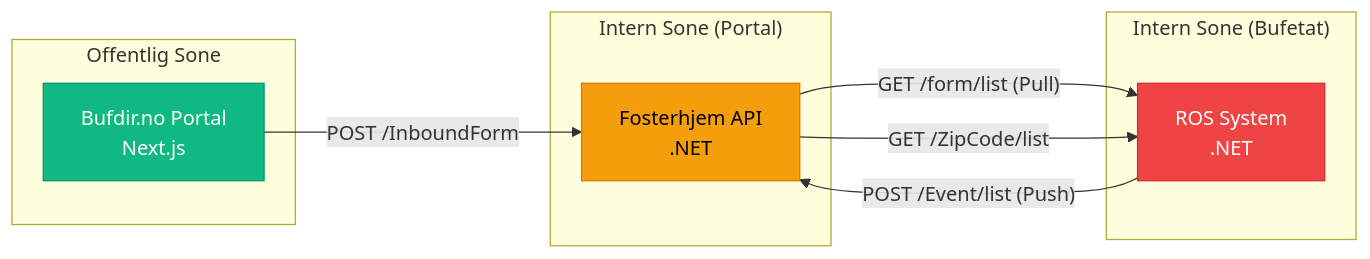
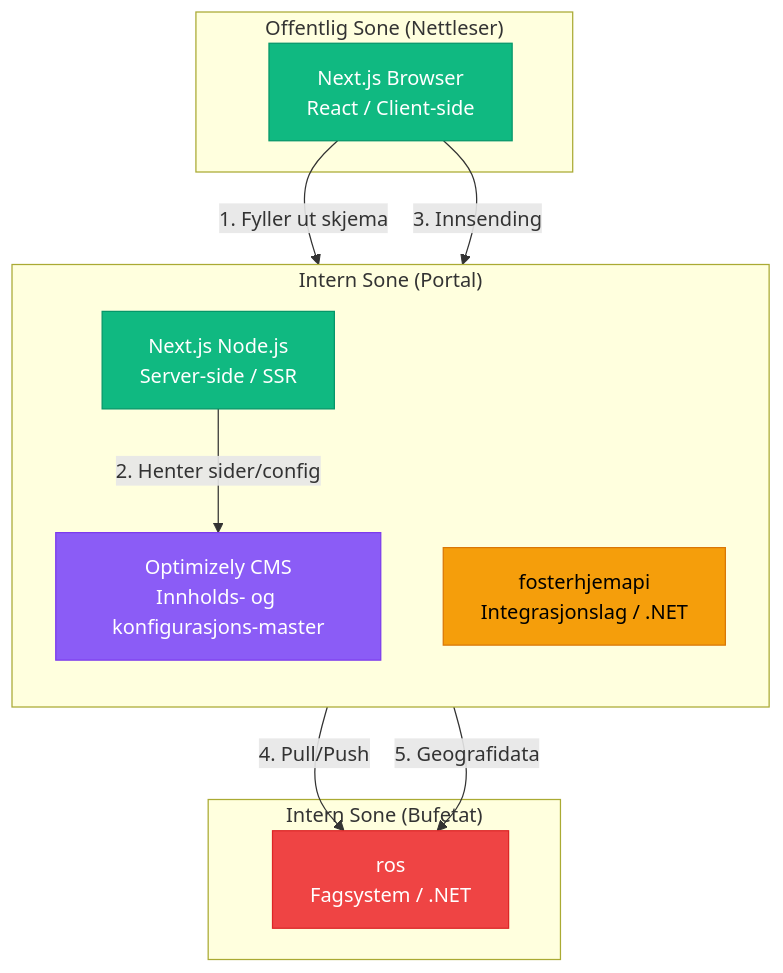
One commit to Bufdir/bufDocs changed the first of 5 diagrams in Bufdir.no/Architecture/ros-integrasjon.md. Above: the diagram before and after it, drawn with Mermaid. The commit also changed other lines of this file, not shown here.

First line of the commit message:
Expand and refine **ros-integrasjon.md** documentation

````diff
--- a/Bufdir.no/Architecture/ros-integrasjon.md
+++ b/Bufdir.no/Architecture/ros-integrasjon.md
@@ -28,24 +29,30 @@
 ```mermaid
-graph LR
-    subgraph "Offentlig Sone"
-        Portal[Bufdir.no Portal<br/>Next.js]
+graph TD
+    subgraph "Offentlig Sone (Nettleser)"
+        Browser[Next.js Browser<br/>React / Client-side]
     end
     
     subgraph "Intern Sone (Portal)"
-        API[Fosterhjem API<br/>.NET]
+        direction TB
+        NextNode[Next.js Node.js<br/>Server-side / SSR]
+        Opti[Optimizely CMS<br/>Innholds- og konfigurasjons-master]
+        API[fosterhjemapi<br/>Integrasjonslag / .NET]
     end
     
     subgraph "Intern Sone (Bufetat)"
-        ROS[ROS System<br/>.NET]
+        ROS[ros<br/>Fagsystem / .NET]
     end
 
-    Portal -- "POST /InboundForm" --> API
-    API -- "GET /form/list (Pull)" --> ROS
-    ROS -- "POST /Event/list (Push)" --> API
-    API -- "GET /ZipCode/list" --> ROS
+    Browser -- "1. Fyller ut skjema" --> NextNode
+    NextNode -- "2. Henter sider/config" --> Opti
+    Browser -- "3. Innsending" --> API
+    API -- "4. Pull/Push" --> ROS
+    API -- "5. Geografidata" --> ROS
 
     %% Styling
-    style Portal fill:#10B981,stroke:#059669,color:#fff
+    style Browser fill:#10B981,stroke:#059669,color:#fff
+    style NextNode fill:#10B981,stroke:#059669,color:#fff
+    style Opti fill:#8B5CF6,stroke:#7C3AED,color:#fff
     style API fill:#F59E0B,stroke:#D97706,color:#000
     style ROS fill:#EF4444,stroke:#DC2626,color:#fff
 ```
````
